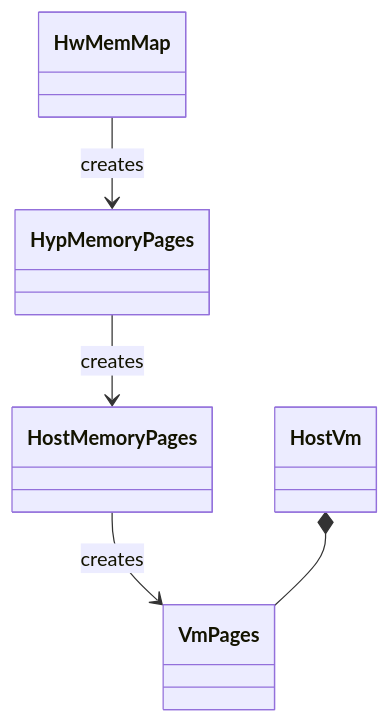
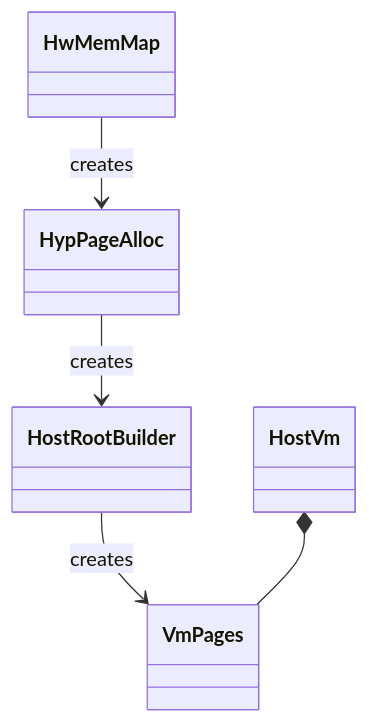
Before and after one commit to rivosinc/salus: the first of 3 diagrams in MEMORY.md, drawn with Mermaid. The commit also changed other lines of this file and 4 other files, not shown here.

First line of the commit message:
Minor: Rename 'HypMemPages' -> 'HypPageAlloc'

````diff
--- a/MEMORY.md
+++ b/MEMORY.md
@@ -7,17 +7,17 @@
 ```mermaid
 classDiagram
     class HwMemMap {
     }
-    class HypMemoryPages {
+    class HypPageAlloc {
     }
-    class HostMemoryPages {
+    class HostRootBuilder {
     }
     class VmPages {
     }
     class HostVm {
     }
-    HwMemMap --> HypMemoryPages : creates
-    HypMemoryPages --> HostMemoryPages : creates
-    HostMemoryPages --> VmPages : creates
+    HwMemMap --> HypPageAlloc : creates
+    HypPageAlloc --> HostRootBuilder : creates
+    HostRootBuilder --> VmPages : creates
     HostVm *-- VmPages
 ```
````
